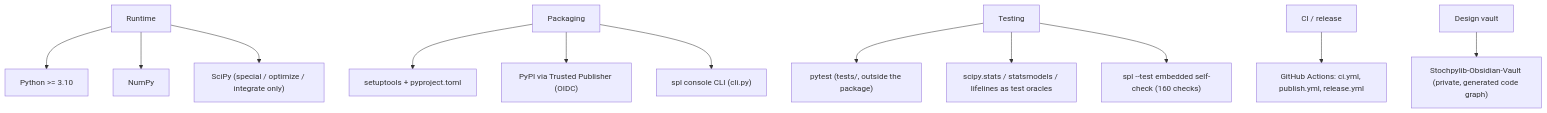
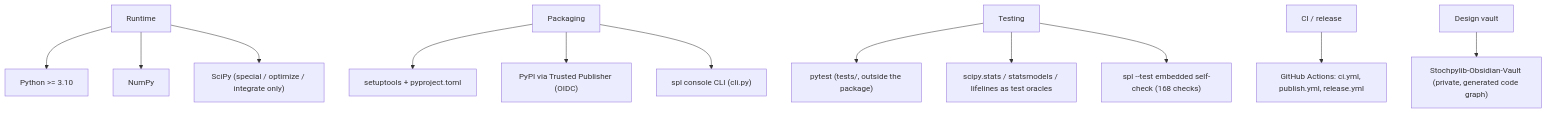
The second of 2 diagrams in README.md (leon1706-lol/Stochpylib), drawn with Mermaid before and after one commit. The commit also changed other lines of this file and 68 other files, not shown here.

````diff
--- a/README.md
+++ b/README.md
@@ -233,14 +237,14 @@
 ```mermaid
 flowchart TB
     A["Runtime"] --> A1["Python >= 3.10"]
     A --> A2["NumPy"]
     A --> A3["SciPy (special / optimize / integrate only)"]
     B["Packaging"] --> B1["setuptools + pyproject.toml"]
     B --> B2["PyPI via Trusted Publisher (OIDC)"]
     B --> B3["spl console CLI (cli.py)"]
     C["Testing"] --> C1["pytest (tests/, outside the package)"]
     C --> C2["scipy.stats / statsmodels / lifelines as test oracles"]
-    C --> C3["spl --test embedded self-check (160 checks)"]
+    C --> C3["spl --test embedded self-check (168 checks)"]
     D["CI / release"] --> D1["GitHub Actions: ci.yml, publish.yml, release.yml"]
     E["Design vault"] --> E1["Stochpylib-Obsidian-Vault (private, generated code graph)"]
 ```
````
